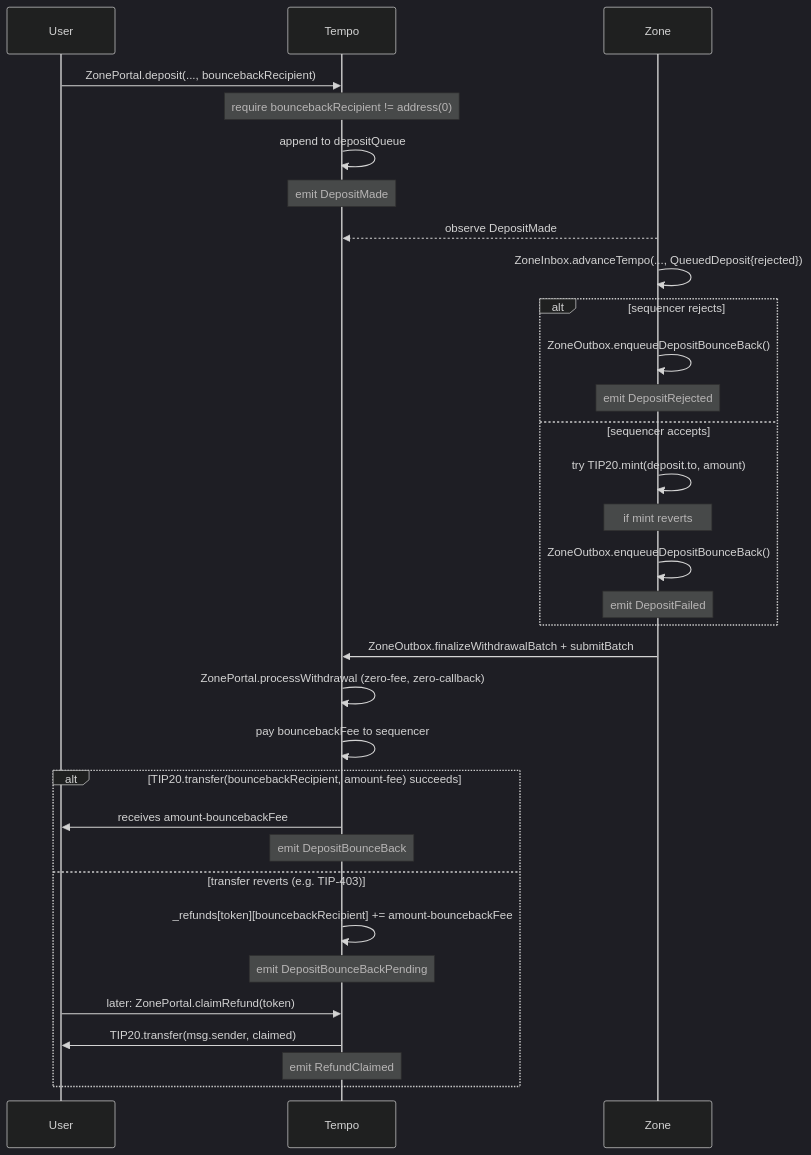
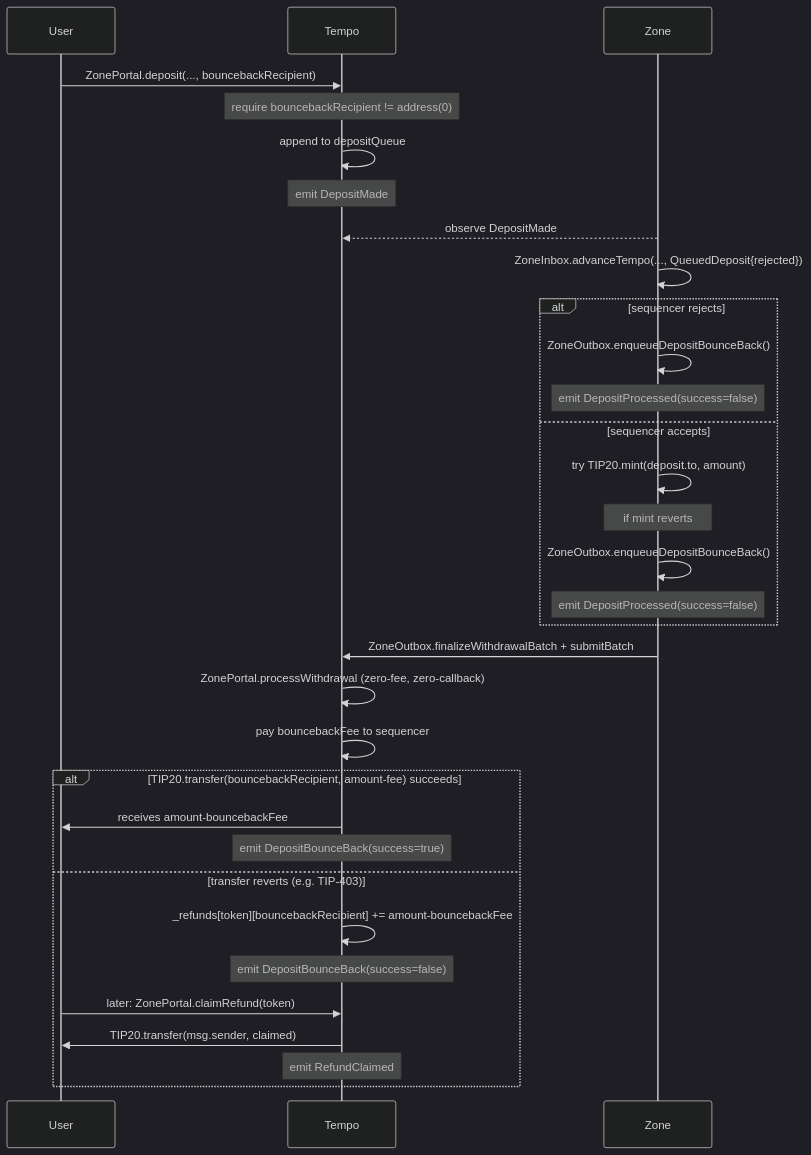
Before and after one commit to Dustin4444/zones: the fourth of 6 diagrams in specs/spec.md, drawn with Mermaid (dark theme). The commit also changed other lines of this file and 9 other files, not shown here.

````diff
--- a/specs/spec.md
+++ b/specs/spec.md
@@ -506,35 +504,35 @@
 ```mermaid
 sequenceDiagram
     participant U as User
     participant T as Tempo
     participant Z as Zone
 
     U->>T: ZonePortal.deposit(..., bouncebackRecipient)
     Note over T: require bouncebackRecipient != address(0)
     T->>T: append to depositQueue
     Note over T: emit DepositMade
     Z-->>T: observe DepositMade
     Z->>Z: ZoneInbox.advanceTempo(..., QueuedDeposit{rejected})
     alt sequencer rejects
         Z->>Z: ZoneOutbox.enqueueDepositBounceBack()
-        Note over Z: emit DepositRejected
+        Note over Z: emit DepositProcessed(success=false)
     else sequencer accepts
         Z->>Z: try TIP20.mint(deposit.to, amount)
         Note over Z: if mint reverts
         Z->>Z: ZoneOutbox.enqueueDepositBounceBack()
-        Note over Z: emit DepositFailed
+        Note over Z: emit DepositProcessed(success=false)
     end
     Z->>T: ZoneOutbox.finalizeWithdrawalBatch + submitBatch
     T->>T: ZonePortal.processWithdrawal (zero-fee, zero-callback)
     T->>T: pay bouncebackFee to sequencer
     alt TIP20.transfer(bouncebackRecipient, amount-fee) succeeds
         T->>U: receives amount-bouncebackFee
-        Note over T: emit DepositBounceBack
+        Note over T: emit DepositBounceBack(success=true)
     else transfer reverts (e.g. TIP-403)
         T->>T: _refunds[token][bouncebackRecipient] += amount-bouncebackFee
-        Note over T: emit DepositBounceBackPending
+        Note over T: emit DepositBounceBack(success=false)
         U->>T: later: ZonePortal.claimRefund(token)
         T->>U: TIP20.transfer(msg.sender, claimed)
         Note over T: emit RefundClaimed
     end
 ```
````
